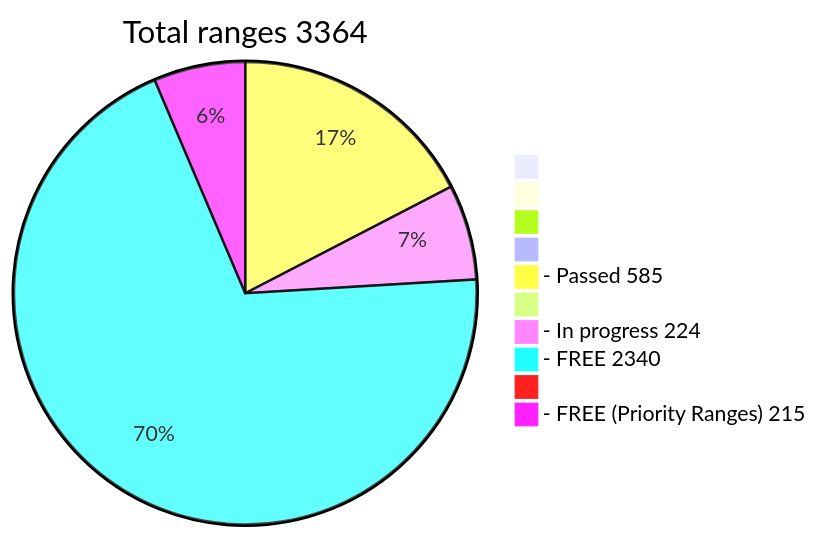
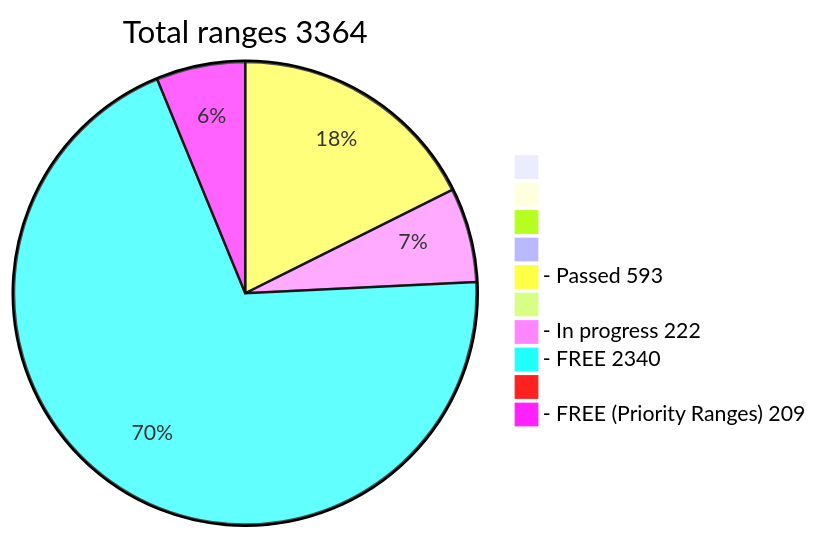
Before and after one commit to phrutis/wif500: the diagram in README.md, drawn with Mermaid.

````diff
--- a/README.md
+++ b/README.md
@@ -16,13 +16,13 @@
 ```mermaid
 pie title Total ranges 3364
              " " : 0
             "  " : 0
            "   " : 0
           "    " : 0
-  "- Passed 585" : 585
+  "- Passed 593" : 593
          "     " : 0
-  "- In progress 224" : 224
+  "- In progress 222" : 222
    "- FREE 2340" : 2340
         "      " : 0
-  "- FREE (Priority Ranges) 215" : 215
+  "- FREE (Priority Ranges) 209" : 209
 ```
````
